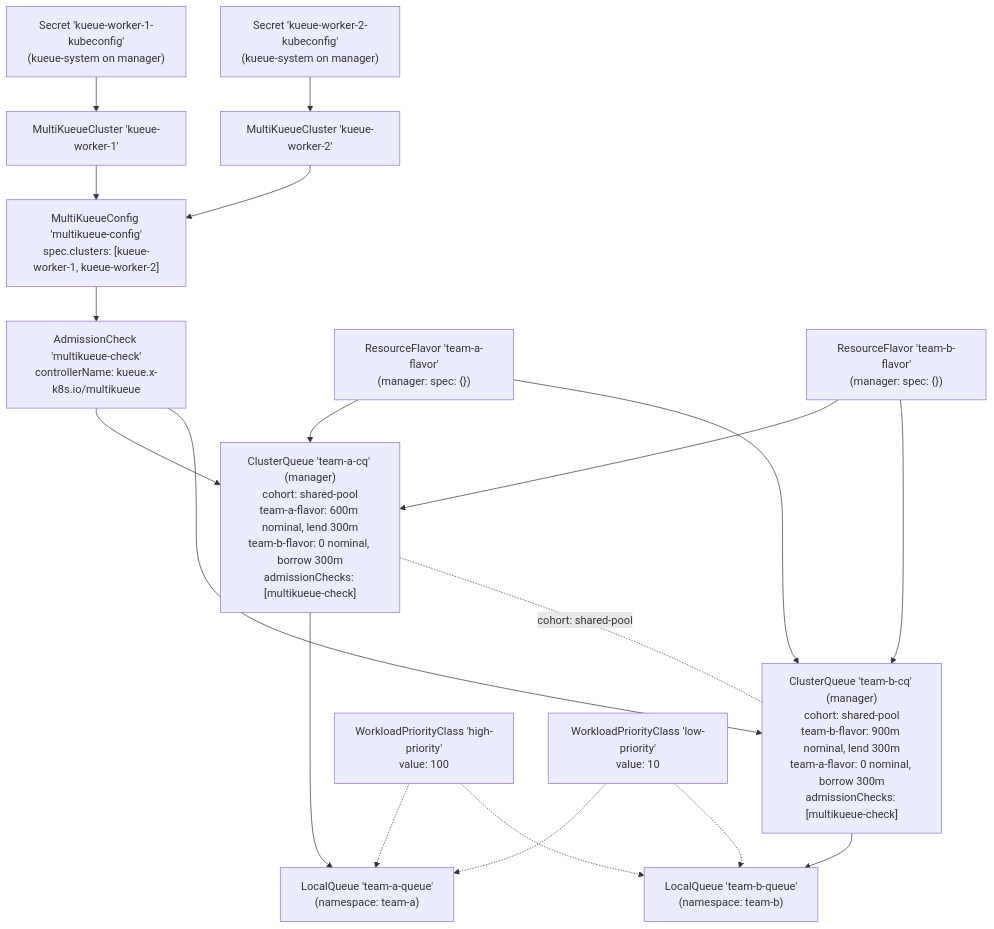
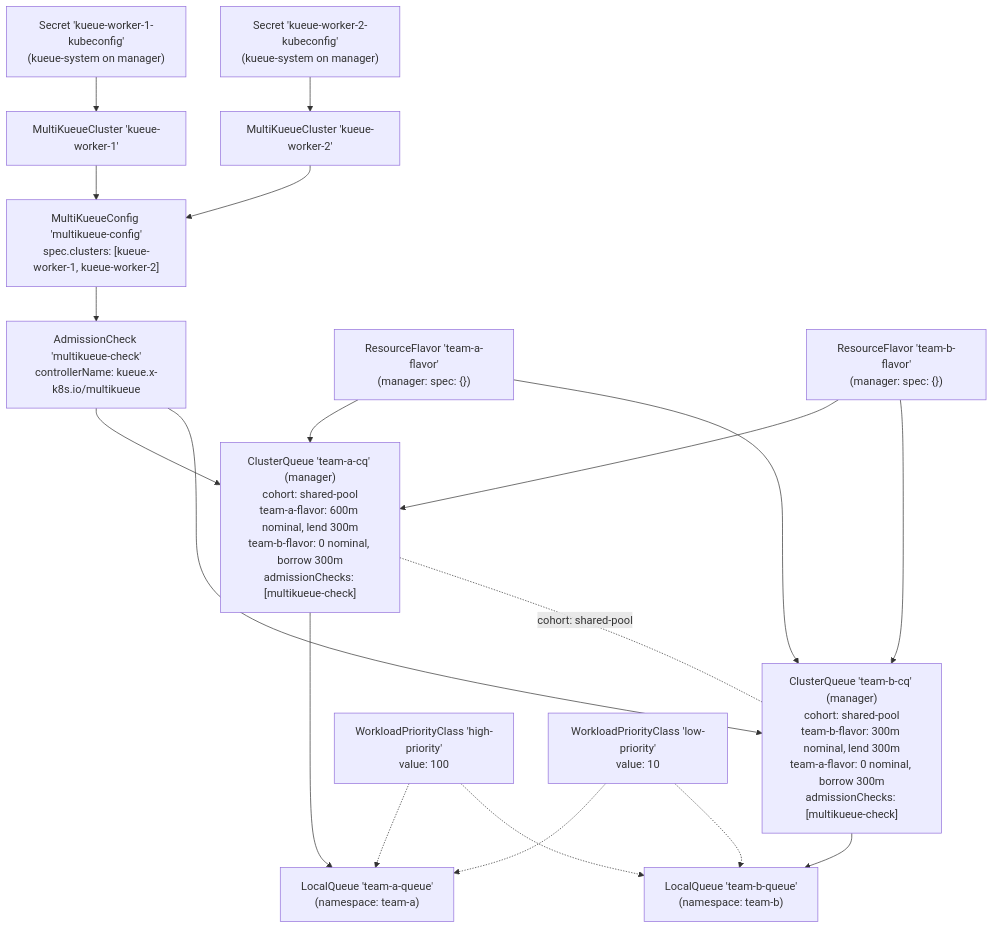
One commit to patilchinmay/k8s-experiments changed the first of 2 diagrams in kueue/07-multikueue-cohort-distinct-flavors/README.md. Above: the diagram before and after it, drawn with Mermaid. The commit also changed other lines of this file and 2 other files, not shown here.

````diff
--- a/kueue/07-multikueue-cohort-distinct-flavors/README.md
+++ b/kueue/07-multikueue-cohort-distinct-flavors/README.md
@@ -169,43 +171,43 @@
 ```mermaid
 flowchart TD
     S1["Secret 'kueue-worker-1-kubeconfig'<br>(kueue-system on manager)"]
     S2["Secret 'kueue-worker-2-kubeconfig'<br>(kueue-system on manager)"]
 
     MKC1["MultiKueueCluster 'kueue-worker-1'"]
     MKC2["MultiKueueCluster 'kueue-worker-2'"]
 
     MKConf["MultiKueueConfig 'multikueue-config'<br>spec.clusters: [kueue-worker-1, kueue-worker-2]"]
 
     AC["AdmissionCheck 'multikueue-check'<br>controllerName: kueue.x-k8s.io/multikueue"]
 
     RFA["ResourceFlavor 'team-a-flavor'<br>(manager: spec: {})"]
     RFB["ResourceFlavor 'team-b-flavor'<br>(manager: spec: {})"]
 
     CQA["ClusterQueue 'team-a-cq' (manager)<br>cohort: shared-pool<br>team-a-flavor: 600m nominal, lend 300m<br>team-b-flavor: 0 nominal, borrow 300m<br>admissionChecks: [multikueue-check]"]
-    CQB["ClusterQueue 'team-b-cq' (manager)<br>cohort: shared-pool<br>team-b-flavor: 900m nominal, lend 300m<br>team-a-flavor: 0 nominal, borrow 300m<br>admissionChecks: [multikueue-check]"]
+    CQB["ClusterQueue 'team-b-cq' (manager)<br>cohort: shared-pool<br>team-b-flavor: 300m nominal, lend 300m<br>team-a-flavor: 0 nominal, borrow 300m<br>admissionChecks: [multikueue-check]"]
 
     LQA["LocalQueue 'team-a-queue'<br>(namespace: team-a)"]
     LQB["LocalQueue 'team-b-queue'<br>(namespace: team-b)"]
 
     WPC1["WorkloadPriorityClass 'high-priority'<br>value: 100"]
     WPC2["WorkloadPriorityClass 'low-priority'<br>value: 10"]
 
     S1 --> MKC1
     S2 --> MKC2
     MKC1 --> MKConf
     MKC2 --> MKConf
     MKConf --> AC
     AC --> CQA
     AC --> CQB
     RFA --> CQA
     RFB --> CQA
     RFA --> CQB
     RFB --> CQB
     CQA --> LQA
     CQB --> LQB
     CQA -. "cohort: shared-pool" .- CQB
     WPC1 -.-> LQA
     WPC1 -.-> LQB
     WPC2 -.-> LQA
     WPC2 -.-> LQB
 ```
````
